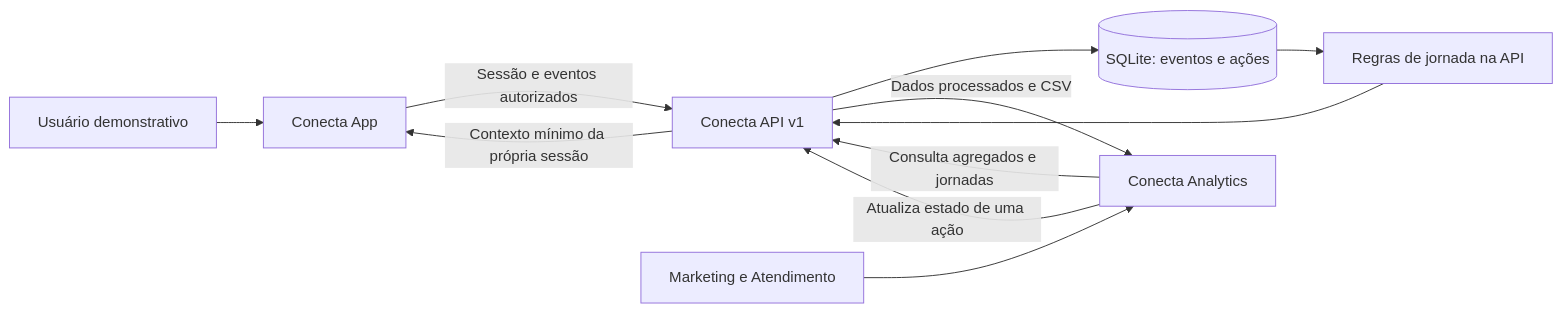
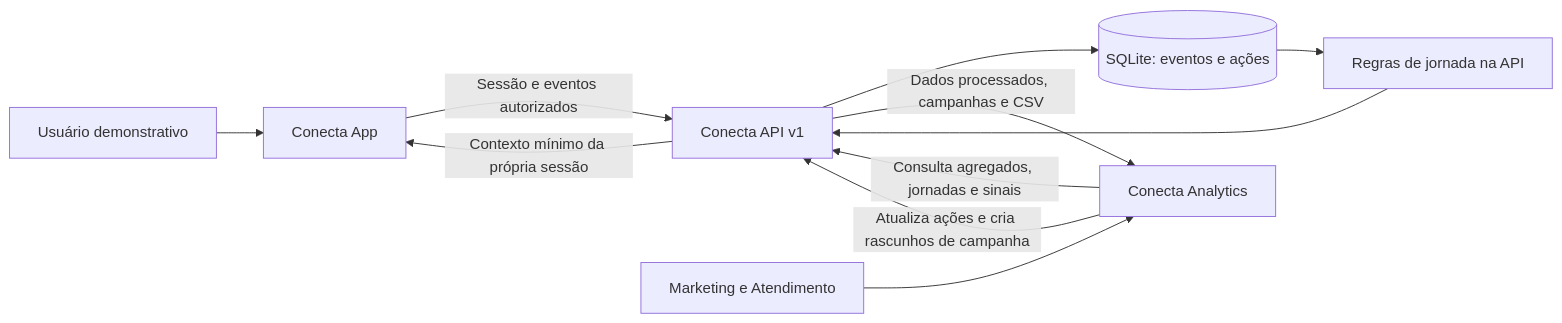
The diagram in README.md (SouBeatrizKaroline/conecta-analytics), drawn with Mermaid before and after one commit. The commit also changed other lines of this file and 5 other files, not shown here.

Commit message:
feat(analytics): consome API integrada e cria campanhas em rascunho

````diff
--- a/README.md
+++ b/README.md
@@ -41,13 +43,13 @@
 ```mermaid
 flowchart LR
   U[Usuário demonstrativo] --> F[Conecta App]
   F -->|Sessão e eventos autorizados| API[Conecta API v1]
   API -->|Contexto mínimo da própria sessão| F
   API --> DB[(SQLite: eventos e ações)]
   DB --> R[Regras de jornada na API]
   R --> API
-  A[Conecta Analytics] -->|Consulta agregados e jornadas| API
-  API -->|Dados processados e CSV| A
+  A[Conecta Analytics] -->|Consulta agregados, jornadas e sinais| API
+  API -->|Dados processados, campanhas e CSV| A
   G[Marketing e Atendimento] --> A
-  A -->|Atualiza estado de uma ação| API
+  A -->|Atualiza ações e cria rascunhos de campanha| API
 ```
````
